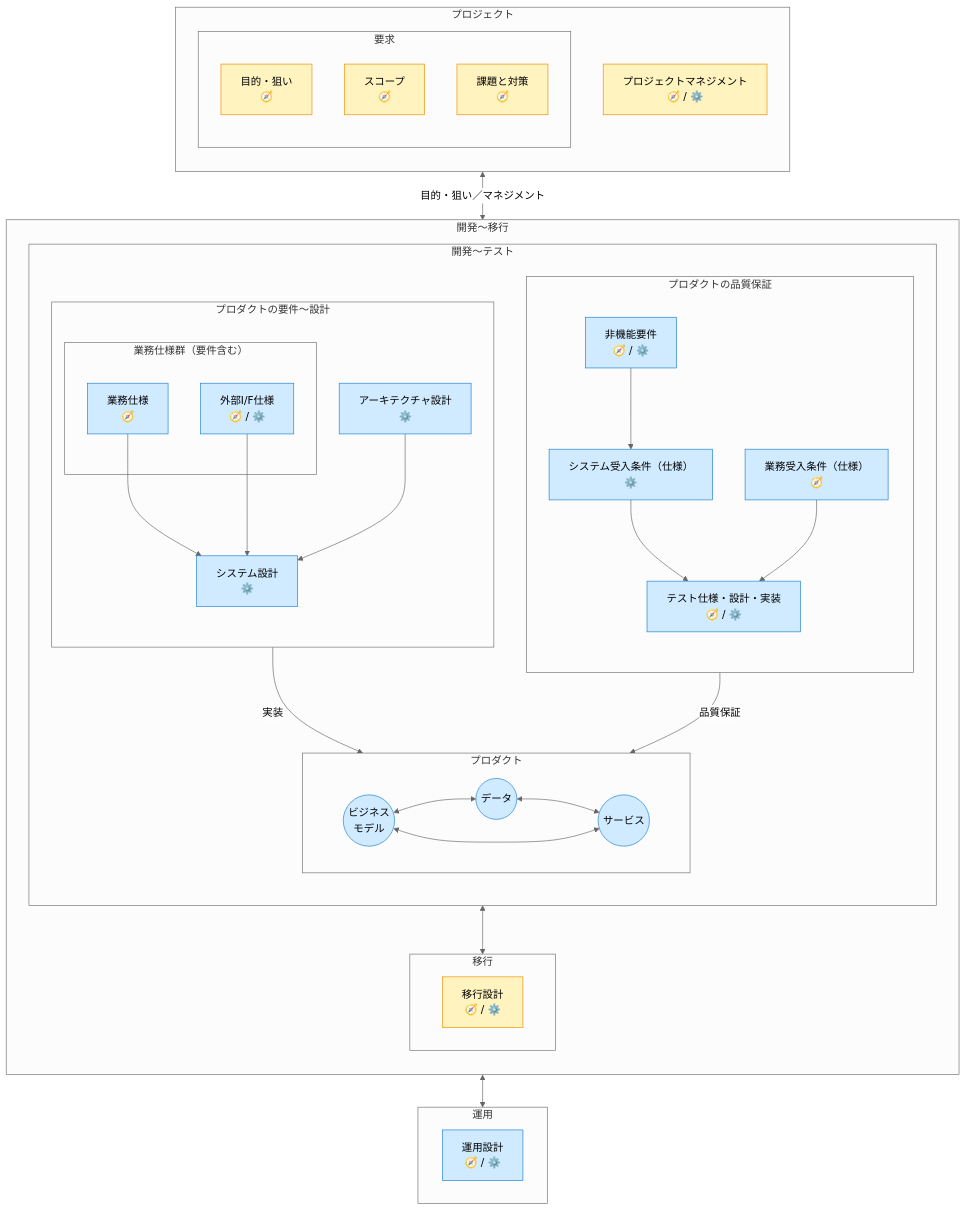
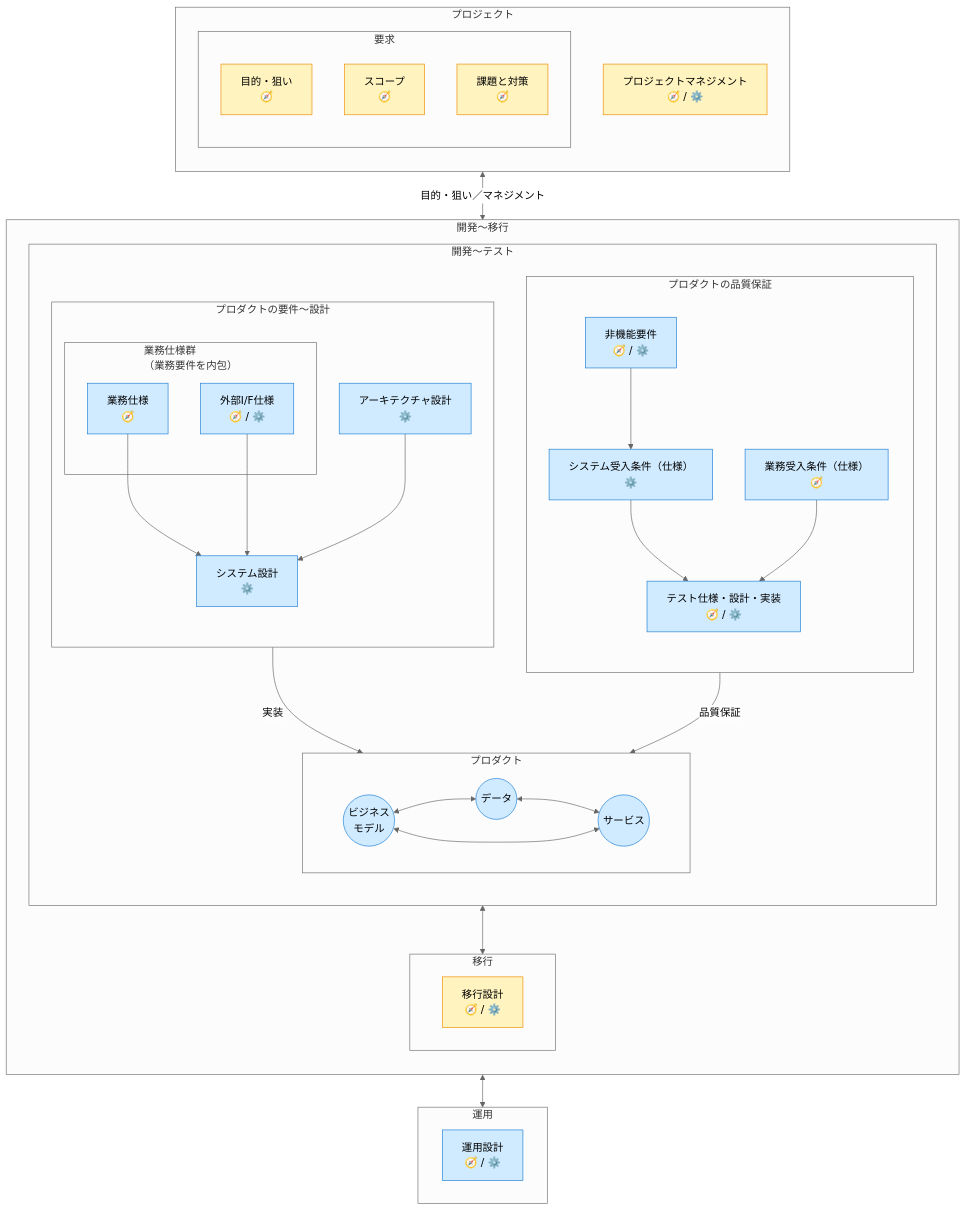
Before and after one commit to specdojo/spec-dojo-handbook: the second of 2 diagrams in docs/ja/handbook/guidelines/docs-structure-guide.md, drawn with Mermaid (neutral theme). The commit also changed 1 other file, not shown here.

Commit message:
docs(update): ドキュメントフェーズ概要を修正

````diff
--- a/docs/ja/handbook/guidelines/docs-structure-guide.md
+++ b/docs/ja/handbook/guidelines/docs-structure-guide.md
@@ -77,70 +77,70 @@
 ```mermaid
 flowchart TB
   subgraph Project[プロジェクト]
   direction TB
     subgraph Needs[要求]
       direction TB
       OBJ["目的・狙い<br>🧭"]
       SCP["スコープ<br>🧭"]
       CS["課題と対策<br>🧭"]
     end
     PM["プロジェクトマネジメント<br>🧭 / ⚙️"]
   end
 
   subgraph D2M[開発〜移行]
     direction TB
     subgraph D2T[開発〜テスト]
       direction TB
       subgraph Product[プロダクト]
       direction LR
         BM((ビジネス<br>モデル))
         Data((データ))
         Srv((サービス))
         BM<-->Data<-->Srv
         BM<-->Srv
       end
 
       subgraph Development[プロダクトの要件〜設計]
       direction TB
-        subgraph BusinessSpec[業務仕様群（要件含む）]
+        subgraph BusinessSpec[業務仕様群<br>（業務要件を内包）]
           BS["業務仕様<br>🧭"]
           EI["外部I/F仕様<br>🧭 / ⚙️"]
         end
         SD["システム設計<br>⚙️"]
         ACH["アーキテクチャ設計<br>⚙️"]
         BS-->SD
         EI-->SD
         ACH-->SD
       end
 
       subgraph Quality[プロダクトの品質保証]
       direction TB
           NFR["非機能要件<br>🧭 / ⚙️"]
           BAC["業務受入条件（仕様）<br>🧭"]
           SAC["システム受入条件（仕様）<br>⚙️"]
           TST["テスト仕様・設計・実装<br>🧭 / ⚙️"]
           NFR-->SAC-->TST
           BAC-->TST
       end
 
       Development-->|実装|Product
       Quality-->|品質保証|Product
     end
     subgraph Migration[移行]
       MYG["移行設計<br>🧭 / ⚙️"]
     end
     D2T<-->Migration
   end
 
   subgraph Operation[運用]
     OPS["運用設計<br>🧭 / ⚙️"]
   end
 
   Project <-->|目的・狙い／マネジメント| D2M <-->Operation
 
   classDef projectWise fill:#fff3bf,stroke:#f08c00,color:#000;
   classDef productSpec fill:#d0ebff,stroke:#1c7ed6,color:#000;
 
   class OBJ,SCP,CS,PM,MYG projectWise;
   class BS,EI,ACH,SD,NFR,BAC,SAC,TST,BM,Data,Srv,OPS productSpec;
 ```
````
